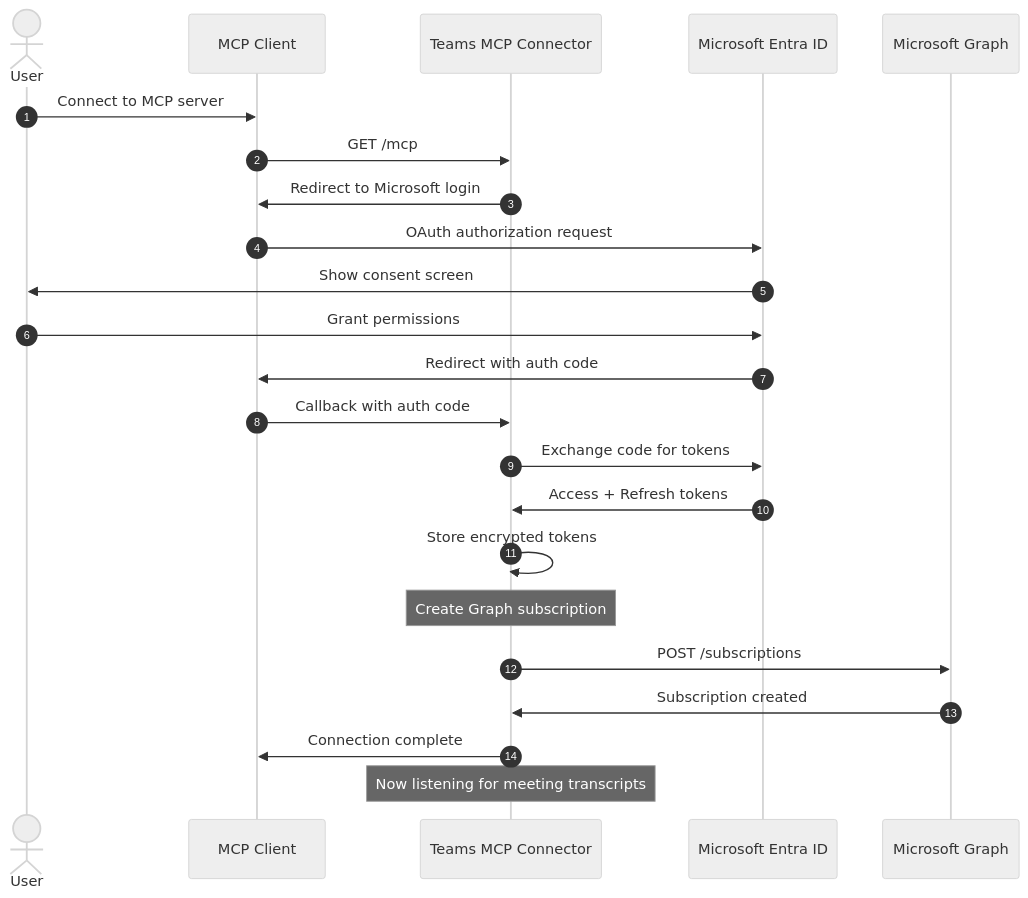
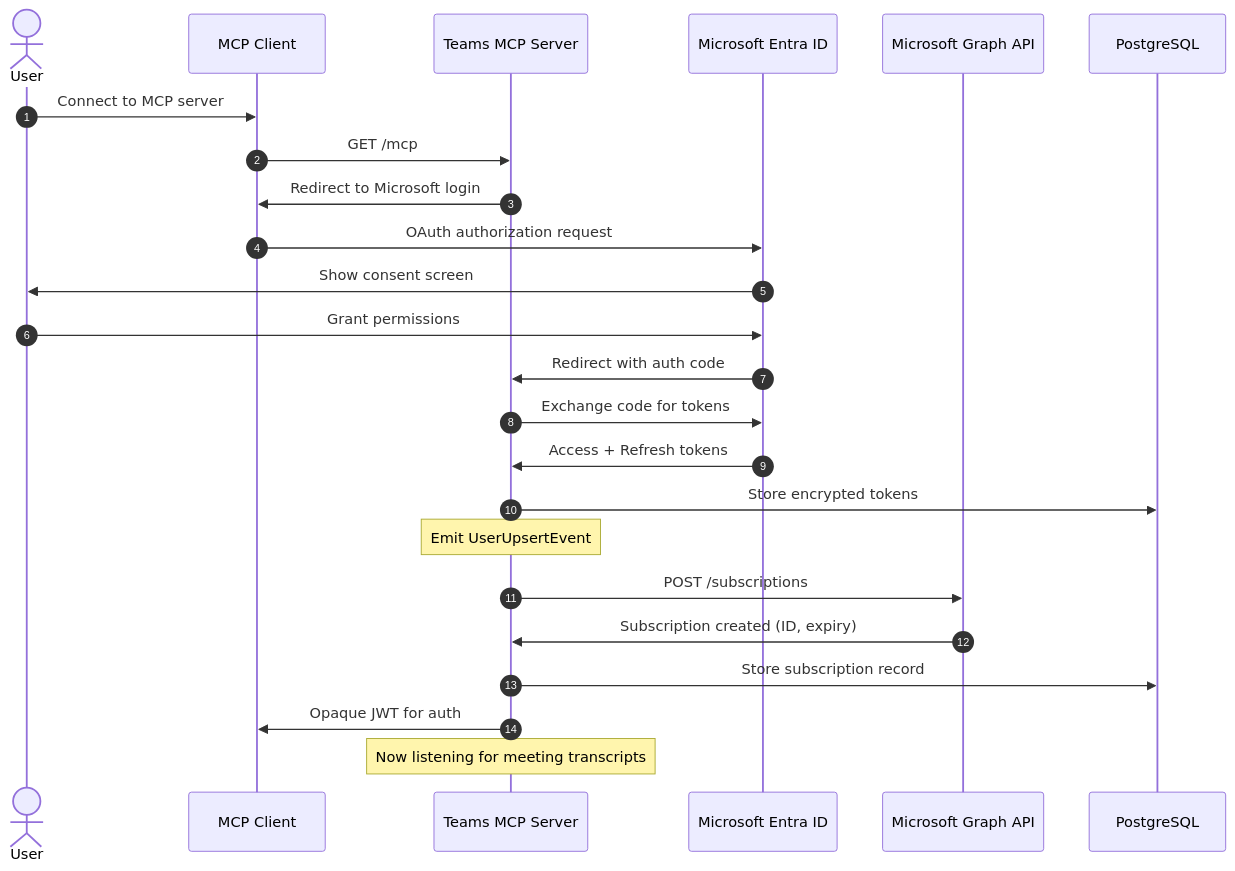
One commit to Unique-AG/connectors changed the second of 4 diagrams in services/teams-mcp/docs/index.md. Above: the diagram before and after it, drawn with Mermaid. The commit also changed other lines of this file and 4 other files, not shown here.

````diff
--- a/services/teams-mcp/docs/index.md
+++ b/services/teams-mcp/docs/index.md
@@ -169,29 +170,29 @@
 ```mermaid
-%%{init: {'theme': 'neutral', 'themeVariables': { 'fontSize': '14px' }}}%%
 sequenceDiagram
     autonumber
     actor User
-    participant MCP as MCP Client
-    participant Teams as Teams MCP Connector
-    participant Entra as Microsoft Entra ID
-    participant Graph as Microsoft Graph
+    participant MCPClient as MCP Client
+    participant TeamsMCP as Teams MCP Server
+    participant EntraID as Microsoft Entra ID
+    participant MSGraph as Microsoft Graph API
+    participant DB as PostgreSQL
 
-    User->>MCP: Connect to MCP server
-    MCP->>Teams: GET /mcp
-    Teams->>MCP: Redirect to Microsoft login
-    MCP->>Entra: OAuth authorization request
-    Entra->>User: Show consent screen
-    User->>Entra: Grant permissions
-    Entra->>MCP: Redirect with auth code
-    MCP->>Teams: Callback with auth code
-    Teams->>Entra: Exchange code for tokens
-    Entra->>Teams: Access + Refresh tokens
-    Teams->>Teams: Store encrypted tokens
+    User->>MCPClient: Connect to MCP server
+    MCPClient->>TeamsMCP: GET /mcp
+    TeamsMCP->>MCPClient: Redirect to Microsoft login
+    MCPClient->>EntraID: OAuth authorization request
+    EntraID->>User: Show consent screen
+    User->>EntraID: Grant permissions
+    EntraID->>TeamsMCP: Redirect with auth code
+    TeamsMCP->>EntraID: Exchange code for tokens
+    EntraID->>TeamsMCP: Access + Refresh tokens
+    TeamsMCP->>DB: Store encrypted tokens
 
-    Note over Teams: Create Graph subscription
-    Teams->>Graph: POST /subscriptions
-    Graph->>Teams: Subscription created
-    Teams->>MCP: Connection complete
+    Note over TeamsMCP: Emit UserUpsertEvent
+    TeamsMCP->>MSGraph: POST /subscriptions
+    MSGraph->>TeamsMCP: Subscription created (ID, expiry)
+    TeamsMCP->>DB: Store subscription record
+    TeamsMCP->>MCPClient: Opaque JWT for auth
 
-    Note over Teams: Now listening for meeting transcripts
+    Note over TeamsMCP: Now listening for meeting transcripts
 ```
````
